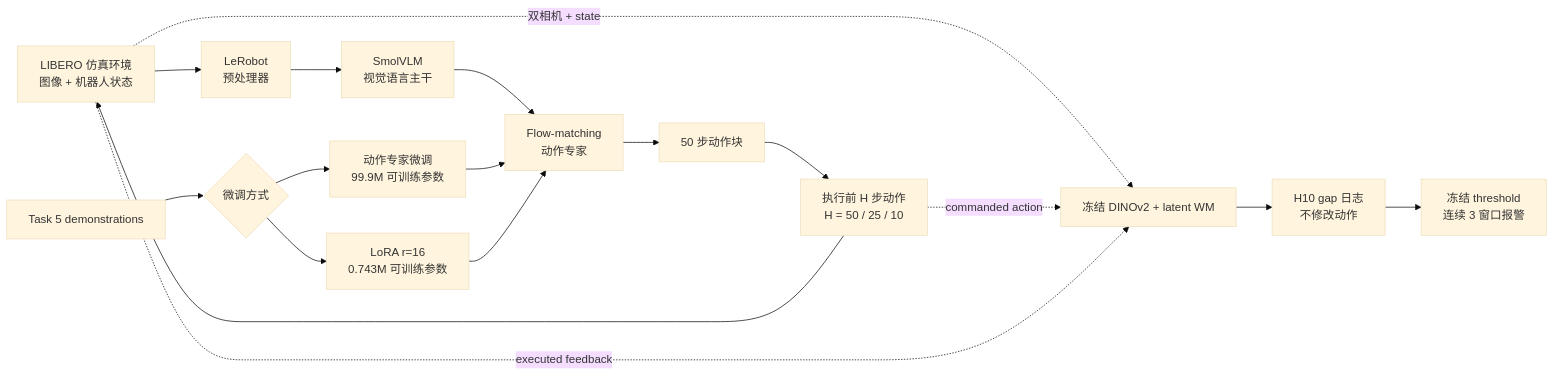
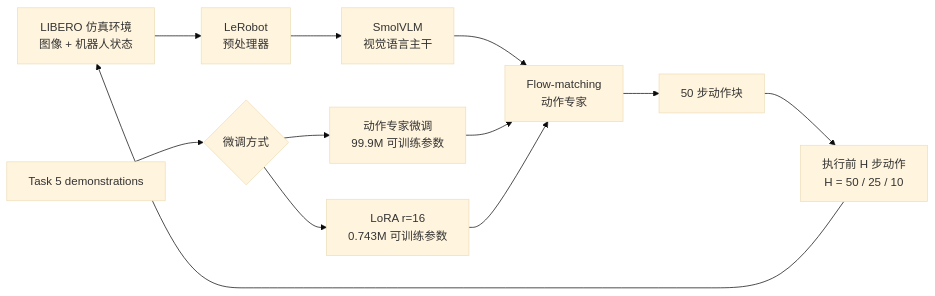
One commit to jumpy663-debug/smolvla-libero-closed-loop changed the diagram in README.md. Above: the diagram before and after it, drawn with Mermaid (base theme). The commit also changed other lines of this file and 165 other files, not shown here.

````diff
--- a/README.md
+++ b/README.md
@@ -173,21 +90,15 @@
 ```mermaid
 flowchart LR
     E[LIBERO 仿真环境<br/>图像 + 机器人状态] --> P[LeRobot<br/>预处理器]
     P --> V[SmolVLM<br/>视觉语言主干]
     V --> A[Flow-matching<br/>动作专家]
     A --> C[50 步动作块]
     C --> H[执行前 H 步动作<br/>H = 50 / 25 / 10]
     H --> E
 
-    E -. 双相机 + state .-> W[冻结 DINOv2 + latent WM]
-    H -. commanded action .-> W
-    E -. executed feedback .-> W
-    W --> G[H10 gap 日志<br/>不修改动作]
-    G --> T[冻结 threshold<br/>连续 3 窗口报警]
-
     D[Task 5 demonstrations] --> F{微调方式}
     F --> X[动作专家微调<br/>99.9M 可训练参数]
     F --> L[LoRA r=16<br/>0.743M 可训练参数]
     X --> A
     L --> A
 ```
````
